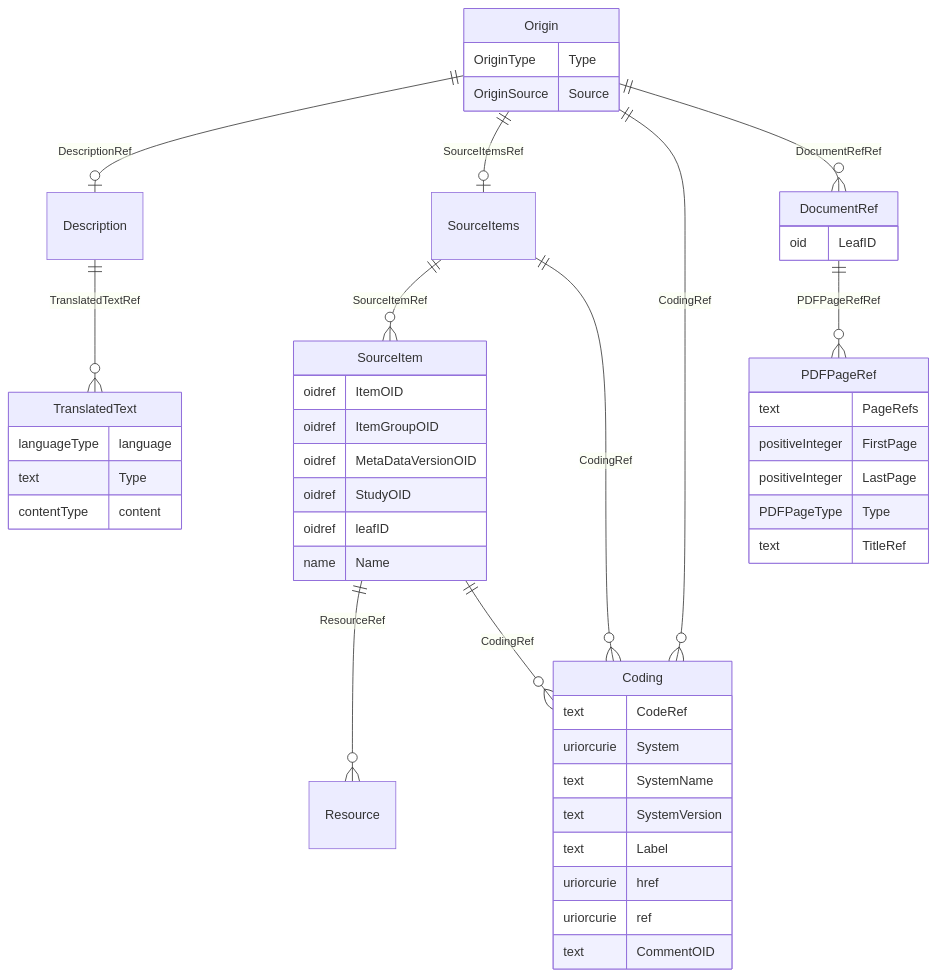
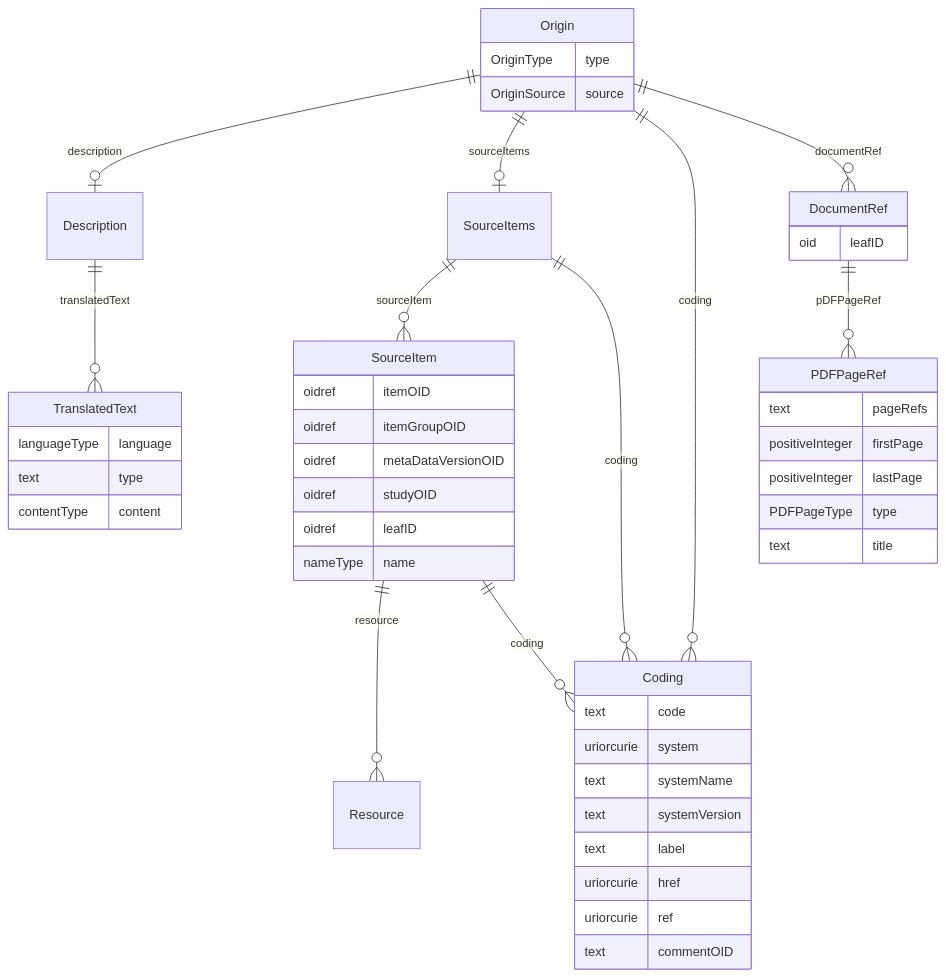
The diagram in docs/Origin.md (cdisc-org/DataExchange-ODM-LinkML), drawn with Mermaid before and after one commit. The commit also changed other lines of this file and 759 other files, not shown here.

````diff
--- a/docs/Origin.md
+++ b/docs/Origin.md
@@ -11,58 +11,58 @@
 ```mermaid
 erDiagram
 Origin {
-    OriginType Type  
-    OriginSource Source  
+    OriginType type  
+    OriginSource source  
 }
 DocumentRef {
-    oid LeafID  
+    oid leafID  
 }
 PDFPageRef {
-    text PageRefs  
-    positiveInteger FirstPage  
-    positiveInteger LastPage  
-    PDFPageType Type  
-    text TitleRef  
+    text pageRefs  
+    positiveInteger firstPage  
+    positiveInteger lastPage  
+    PDFPageType type  
+    text title  
 }
 Coding {
-    text CodeRef  
-    uriorcurie System  
-    text SystemName  
-    text SystemVersion  
-    text Label  
+    text code  
+    uriorcurie system  
+    text systemName  
+    text systemVersion  
+    text label  
     uriorcurie href  
     uriorcurie ref  
-    text CommentOID  
+    text commentOID  
 }
 SourceItems {
 
 }
 SourceItem {
-    oidref ItemOID  
-    oidref ItemGroupOID  
-    oidref MetaDataVersionOID  
-    oidref StudyOID  
+    oidref itemOID  
+    oidref itemGroupOID  
+    oidref metaDataVersionOID  
+    oidref studyOID  
     oidref leafID  
-    name Name  
+    nameType name  
 }
 Description {
 
 }
 TranslatedText {
     languageType language  
-    text Type  
+    text type  
     contentType content  
 }
 
-Origin ||--|o Description : "DescriptionRef"
-Origin ||--|o SourceItems : "SourceItemsRef"
-Origin ||--}o Coding : "CodingRef"
-Origin ||--}o DocumentRef : "DocumentRefRef"
-DocumentRef ||--}o PDFPageRef : "PDFPageRefRef"
-SourceItems ||--}o SourceItem : "SourceItemRef"
-SourceItems ||--}o Coding : "CodingRef"
-SourceItem ||--}o Resource : "ResourceRef"
-SourceItem ||--}o Coding : "CodingRef"
-Description ||--}o TranslatedText : "TranslatedTextRef"
+Origin ||--|o Description : "description"
+Origin ||--|o SourceItems : "sourceItems"
+Origin ||--}o Coding : "coding"
+Origin ||--}o DocumentRef : "documentRef"
+DocumentRef ||--}o PDFPageRef : "pDFPageRef"
+SourceItems ||--}o SourceItem : "sourceItem"
+SourceItems ||--}o Coding : "coding"
+SourceItem ||--}o Resource : "resource"
+SourceItem ||--}o Coding : "coding"
+Description ||--}o TranslatedText : "translatedText"
 
 ```
````
